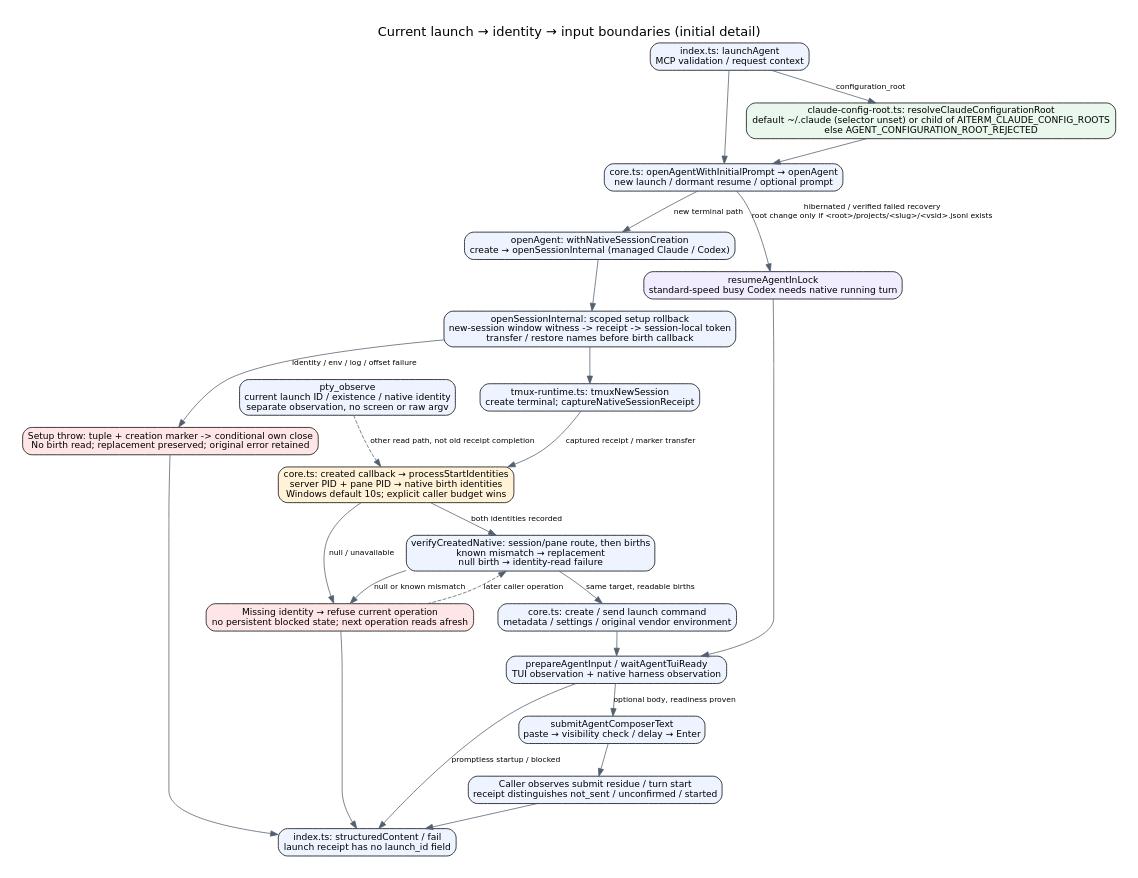
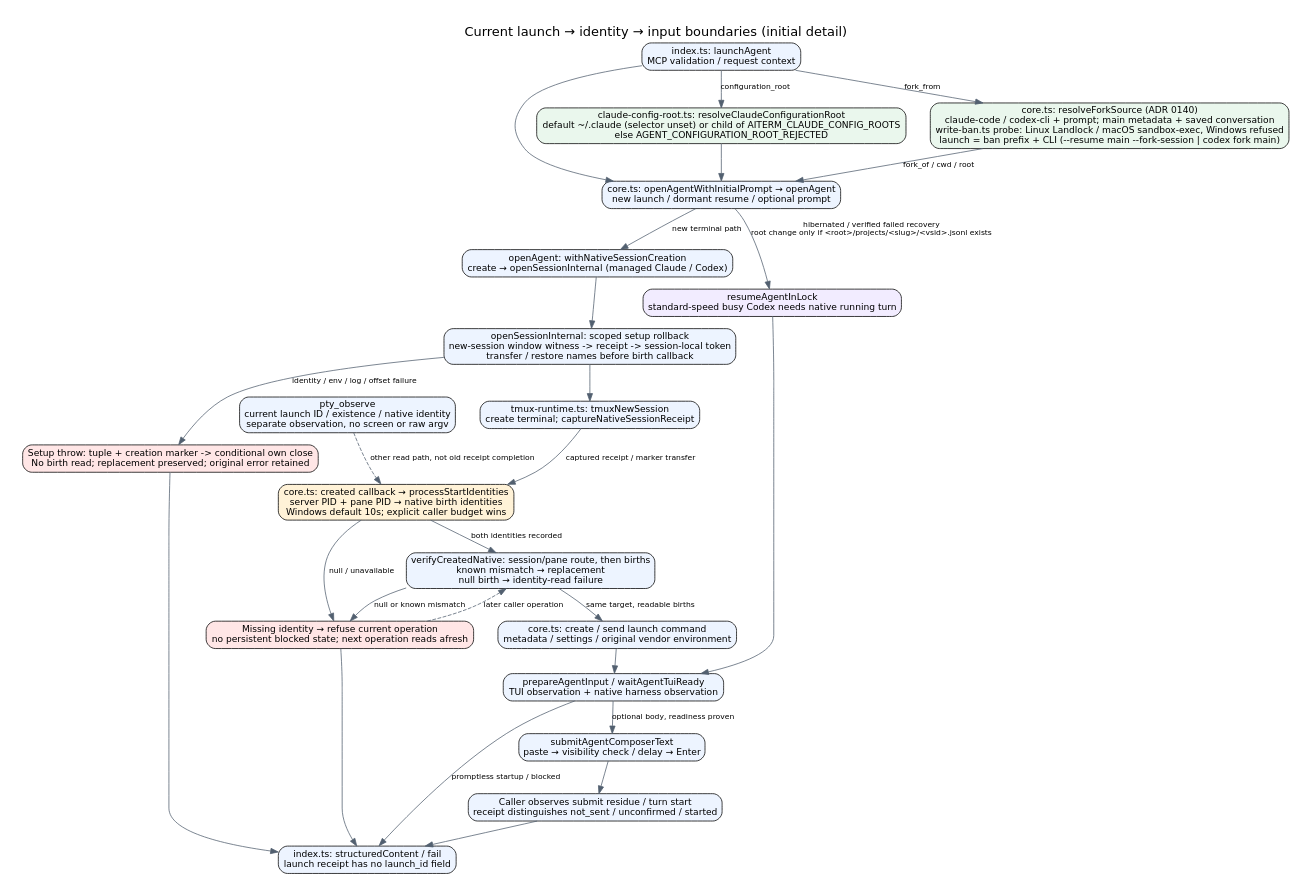
Before and after one commit to kitepon/aiterm-mcp: the diagram in docs/architecture/launch-identity-input.dot, drawn with Graphviz. The commit also changed 10 other files, not shown here.

First line of the commit message:
Fork a seat with every write inside its project folder refused (agent_launch.fork_from)

```diff
--- a/docs/architecture/launch-identity-input.dot
+++ b/docs/architecture/launch-identity-input.dot
@@ -1,35 +1,36 @@
 digraph launch {
  graph [rankdir=TB,bgcolor="white",pad=0.3,nodesep=0.45,ranksep=0.45,label="Current launch → identity → input boundaries (initial detail)",labelloc=t,fontname="DejaVu Sans",fontsize=17];
  node [shape=box,style="rounded,filled",fillcolor="#edf4ff",fontname="DejaVu Sans",fontsize=12];
  edge [fontname="DejaVu Sans",fontsize=10,color="#526070"];
  request [label="index.ts: launchAgent\nMCP validation / request context"];
  root [label="claude-config-root.ts: resolveClaudeConfigurationRoot\ndefault ~/.claude (selector unset) or child of AITERM_CLAUDE_CONFIG_ROOTS\nelse AGENT_CONFIGURATION_ROOT_REJECTED",fillcolor="#eaf7ed"];
+ fork [label="core.ts: resolveForkSource (ADR 0140)\nclaude-code / codex-cli + prompt; main metadata + saved conversation\nwrite-ban.ts probe: Linux Landlock / macOS sandbox-exec, Windows refused\nlaunch = ban prefix + CLI (--resume main --fork-session | codex fork main)",fillcolor="#eaf7ed"];
  entry [label="core.ts: openAgentWithInitialPrompt → openAgent\nnew launch / dormant resume / optional prompt"];
  create [label="openAgent: withNativeSessionCreation\ncreate → openSessionInternal (managed Claude / Codex)"];
  mux [label="tmux-runtime.ts: tmuxNewSession\ncreate terminal; captureNativeSessionReceipt"];
  identity [label="core.ts: created callback → processStartIdentities\nserver PID + pane PID → native birth identities\nWindows default 10s; explicit caller budget wins",fillcolor="#fff2d7"];
  verify [label="verifyCreatedNative: session/pane route, then births\nknown mismatch → replacement\nnull birth → identity-read failure"];
  fail [label="Missing identity → refuse current operation\nno persistent blocked state; next operation reads afresh",fillcolor="#ffe6e6"];
  launch [label="core.ts: create / send launch command\nmetadata / settings / original vendor environment"];
  ready [label="prepareAgentInput / waitAgentTuiReady\nTUI observation + native harness observation"];
  resume [label="resumeAgentInLock\nstandard-speed busy Codex needs native running turn",fillcolor="#f2ecff"];
  input [label="submitAgentComposerText\npaste → visibility check / delay → Enter"];
  after [label="Caller observes submit residue / turn start\nreceipt distinguishes not_sent / unconfirmed / started"];
  receipt [label="index.ts: structuredContent / fail\nlaunch receipt has no launch_id field"];
  observe [label="pty_observe\ncurrent launch ID / existence / native identity\nseparate observation, no screen or raw argv"];
- request -> root [label="configuration_root"];root -> entry;request -> entry;entry -> create [label="new terminal path"];entry -> resume [label="hibernated / verified failed recovery\nroot change only if <root>/projects/<slug>/<vsid>.jsonl exists"];
+ request -> root [label="configuration_root"];root -> entry;request -> entry;request -> fork [label="fork_from"];fork -> entry [label="fork_of / cwd / root"];entry -> create [label="new terminal path"];entry -> resume [label="hibernated / verified failed recovery\nroot change only if <root>/projects/<slug>/<vsid>.jsonl exists"];
  setup [label="openSessionInternal: scoped setup rollback\nnew-session window witness -> receipt -> session-local token\ntransfer / restore names before birth callback"];
  rollback_setup [label="Setup throw: tuple + creation marker -> conditional own close\nNo birth read; replacement preserved; original error retained",fillcolor="#ffe6e6"];
  create -> setup;setup -> mux;mux -> identity [label="captured receipt / marker transfer"];
  setup -> rollback_setup [label="identity / env / log / offset failure"];
  rollback_setup -> receipt;
  identity -> fail [label="null / unavailable"];fail -> receipt;
  identity -> verify [label="both identities recorded"];
  verify -> launch [label="same target, readable births"];
  verify -> fail [label="null or known mismatch"];
  fail -> verify [label="later caller operation",style=dashed];
  launch -> ready;resume -> ready;ready -> input [label="optional body, readiness proven"];
  ready -> receipt [label="promptless startup / blocked"];
  input -> after;after -> receipt;
  observe -> identity [label="other read path, not old receipt completion",style=dashed];
 }
```
